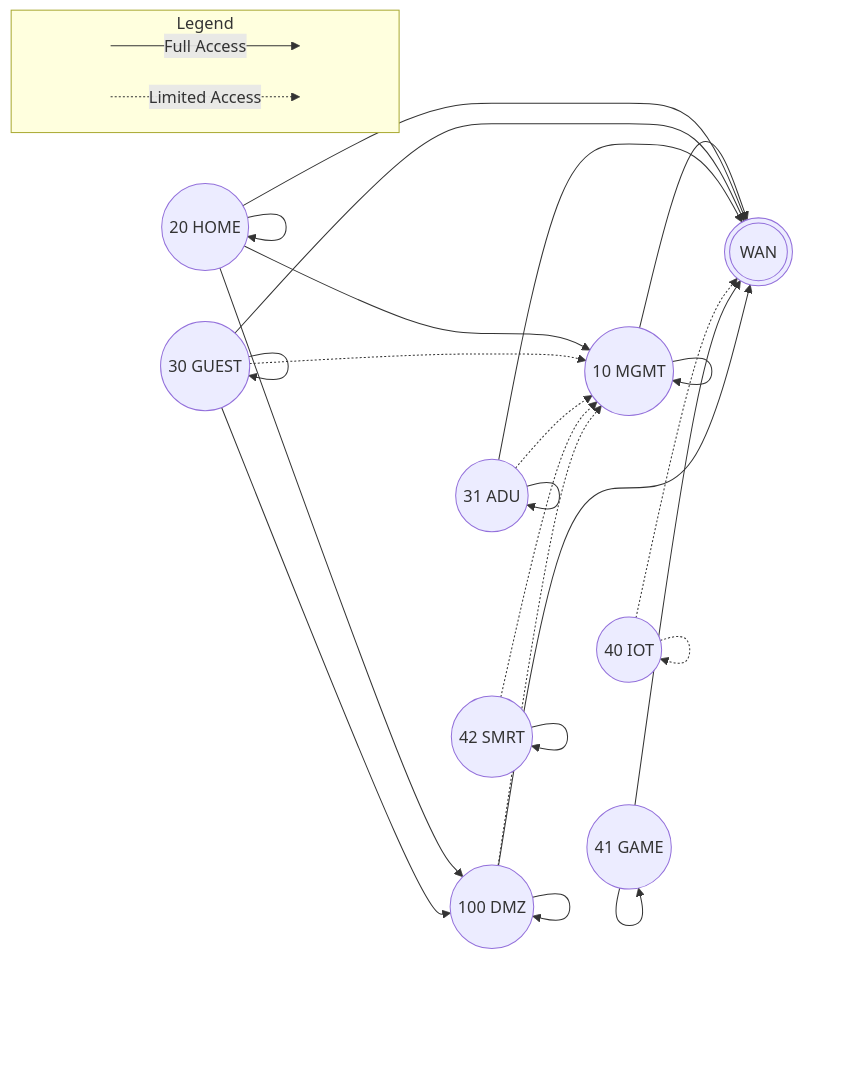
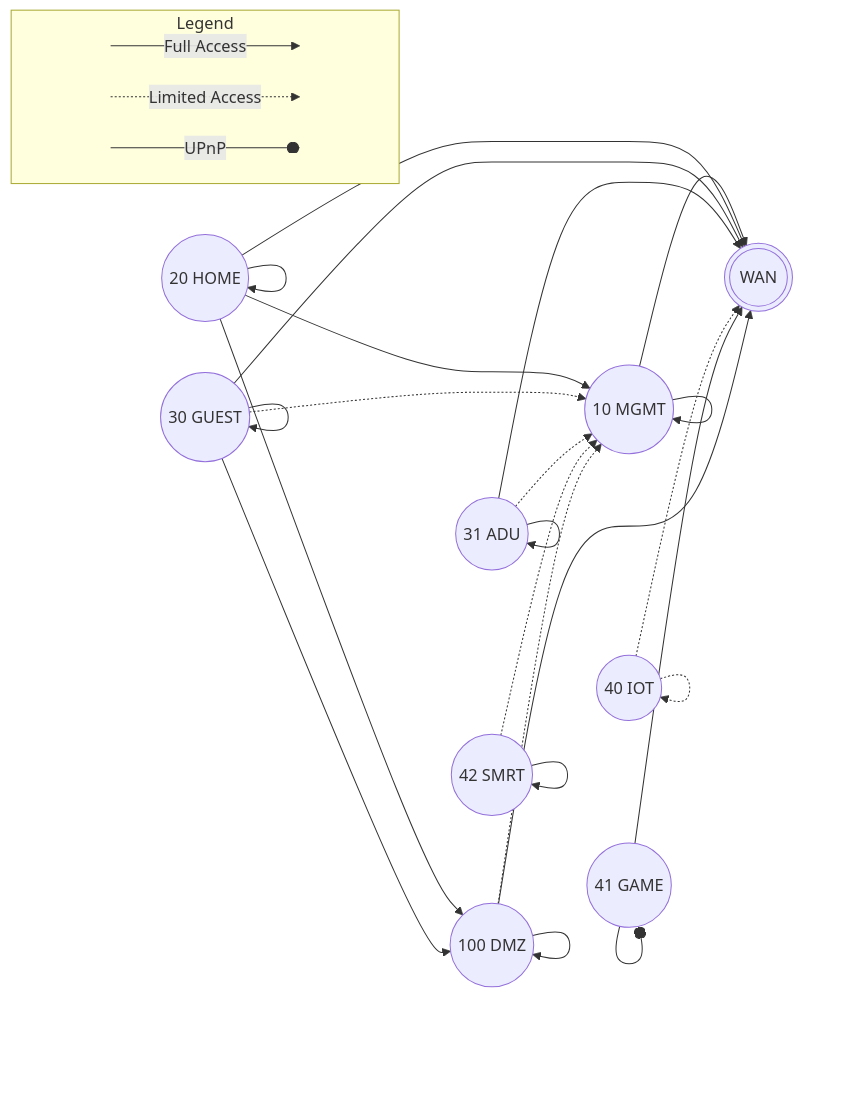
One commit to mutantmell/dotfiles changed the diagram in common/network/readme.md. Above: the diagram before and after it, drawn with Mermaid.

Commit message:
clarify use of UPnP on game vlan

````diff
--- a/common/network/readme.md
+++ b/common/network/readme.md
@@ -3,44 +3,47 @@
 ```mermaid
 flowchart LR
   subgraph Legend
     direction LR
 	src1[ ] -->|Full Access| snk1[ ]
 	style src1 height:0px;
 	style snk1 height:0px;
 	src2[ ] -.->|Limited Access| snk2[ ]
 	style src2 height:0px;
 	style snk2 height:0px;	
+	src3[ ] --o|UPnP| snk3[ ]
+	style src3 height:0px;
+	style snk3 height:0px;		
   end
 
   WAN(((WAN)))
 
   MGMT((10 MGMT)) --> MGMT
   MGMT --> WAN
 
   HOME((20 HOME)) --> HOME
   HOME --> WAN
   HOME --> MGMT
   HOME --> DMZ
 
   GUEST((30 GUEST)) --> GUEST
   GUEST --> WAN
   GUEST -.-> MGMT
   GUEST --> DMZ
 
   ADU((31 ADU)) --> ADU
   ADU --> WAN
   ADU -.-> MGMT
   
   IOT((40 IOT)) -.-> IOT
   IOT -.-> WAN
 
-  GAME((41 GAME)) --> GAME
+  GAME((41 GAME)) --o GAME
   GAME --> WAN
 
   SMRT((42 SMRT)) --> SMRT
   SMRT((42 SMRT)) -.-> MGMT
   
   DMZ((100 DMZ)) --> DMZ
   DMZ -.-> MGMT
   DMZ --> WAN
   ```
````
